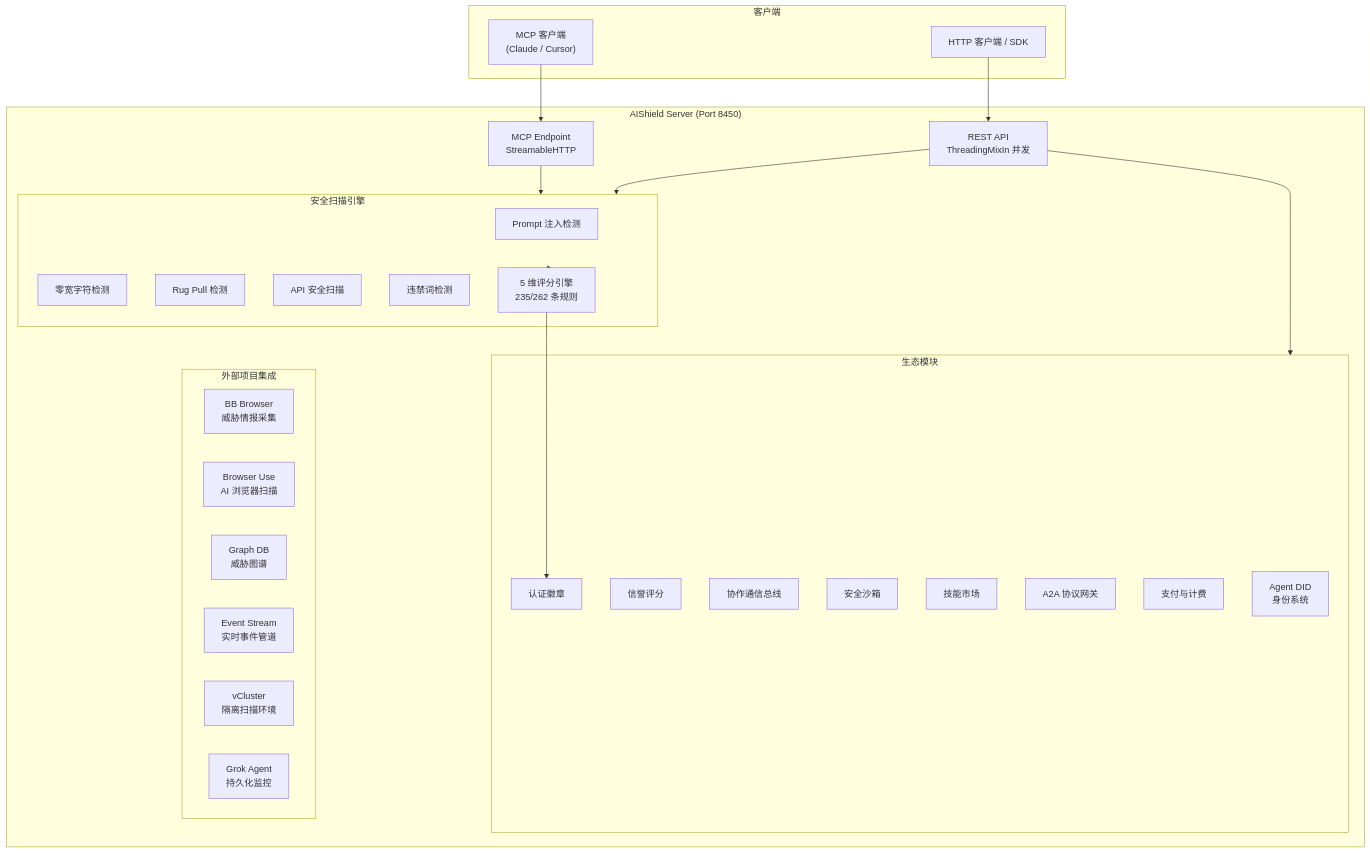
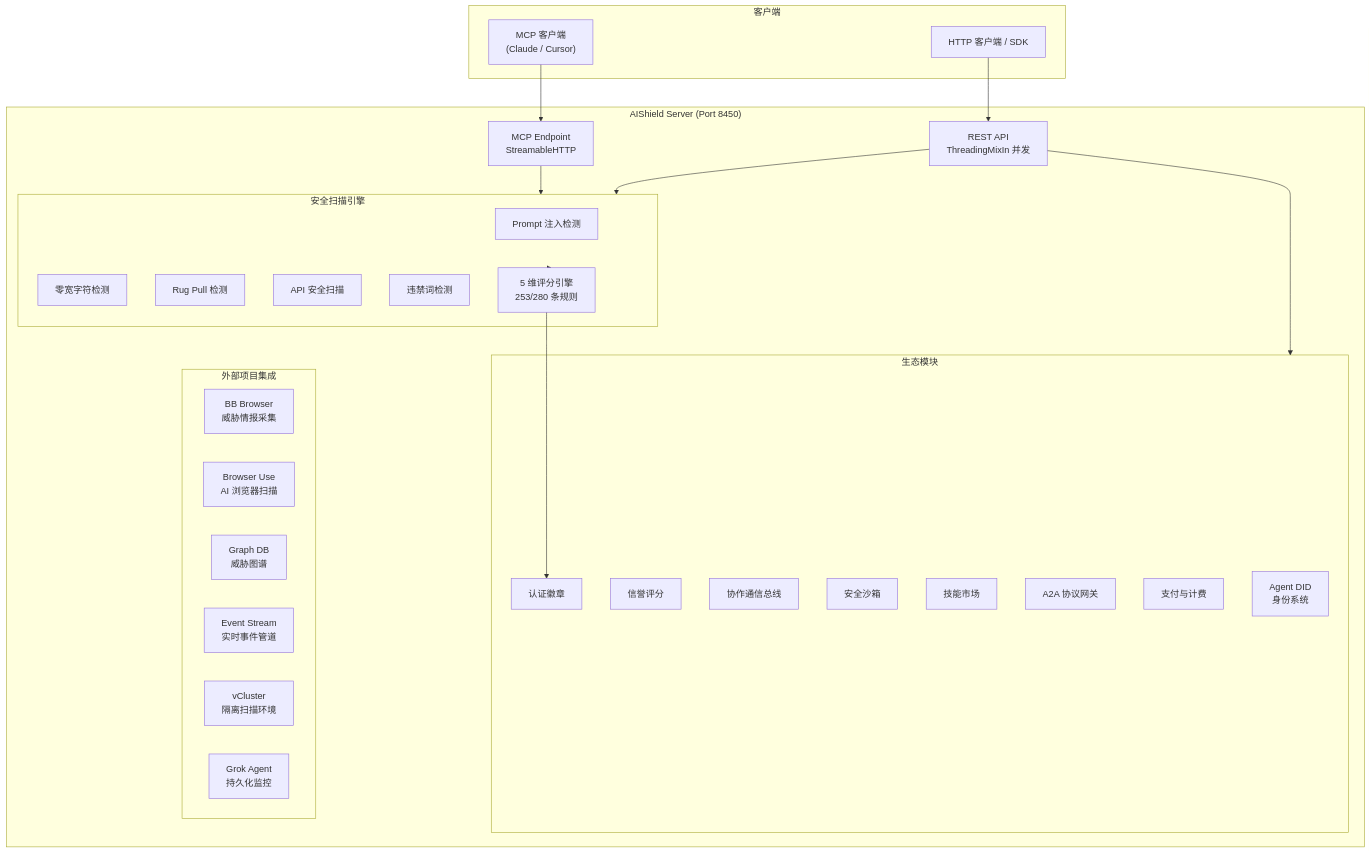
One commit to lm203688/aishield changed the diagram in README.md. Above: the diagram before and after it, drawn with Mermaid. The commit also changed other lines of this file and 13 other files, not shown here.

````diff
--- a/README.md
+++ b/README.md
@@ -297,49 +297,49 @@
 ```mermaid
 graph TB
     subgraph Clients["客户端"]
         MCP["MCP 客户端<br/>(Claude / Cursor)"]
         SDK["HTTP 客户端 / SDK"]
     end
 
     subgraph Server["AIShield Server (Port 8450)"]
         API["REST API<br/>ThreadingMixIn 并发"]
         MCPE["MCP Endpoint<br/>StreamableHTTP"]
 
         subgraph Scanner["安全扫描引擎"]
             PE["Prompt 注入检测"]
             MW["零宽字符检测"]
             RP["Rug Pull 检测"]
             AS["API 安全扫描"]
             BW["违禁词检测"]
-            SC["5 维评分引擎<br/>235/262 条规则"]
+            SC["5 维评分引擎<br/>253/280 条规则"]
         end
 
         subgraph Eco["生态模块"]
             ID["Agent DID<br/>身份系统"]
             RP2["信誉评分"]
             CO["协作通信总线"]
             SB["安全沙箱"]
             MK["技能市场"]
             A2A["A2A 协议网关"]
             PAY["支付与计费"]
             BD["认证徽章"]
         end
 
         subgraph Integrations["外部项目集成"]
             BB["BB Browser<br/>威胁情报采集"]
             BU["Browser Use<br/>AI 浏览器扫描"]
             GDB["Graph DB<br/>威胁图谱"]
             ES["Event Stream<br/>实时事件管道"]
             VC["vCluster<br/>隔离扫描环境"]
             GA["Grok Agent<br/>持久化监控"]
         end
     end
 
     MCP --> MCPE
     SDK --> API
     MCPE --> Scanner
     API --> Scanner
     API --> Eco
     Scanner --> SC
     SC --> BD
 ```
````
